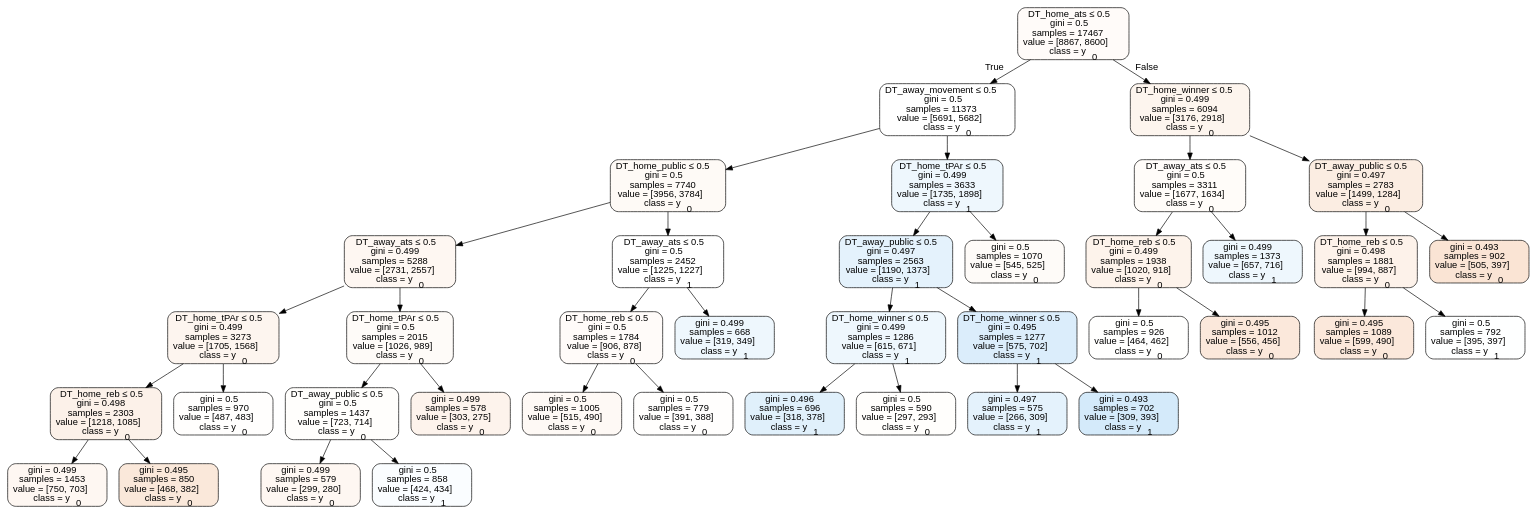
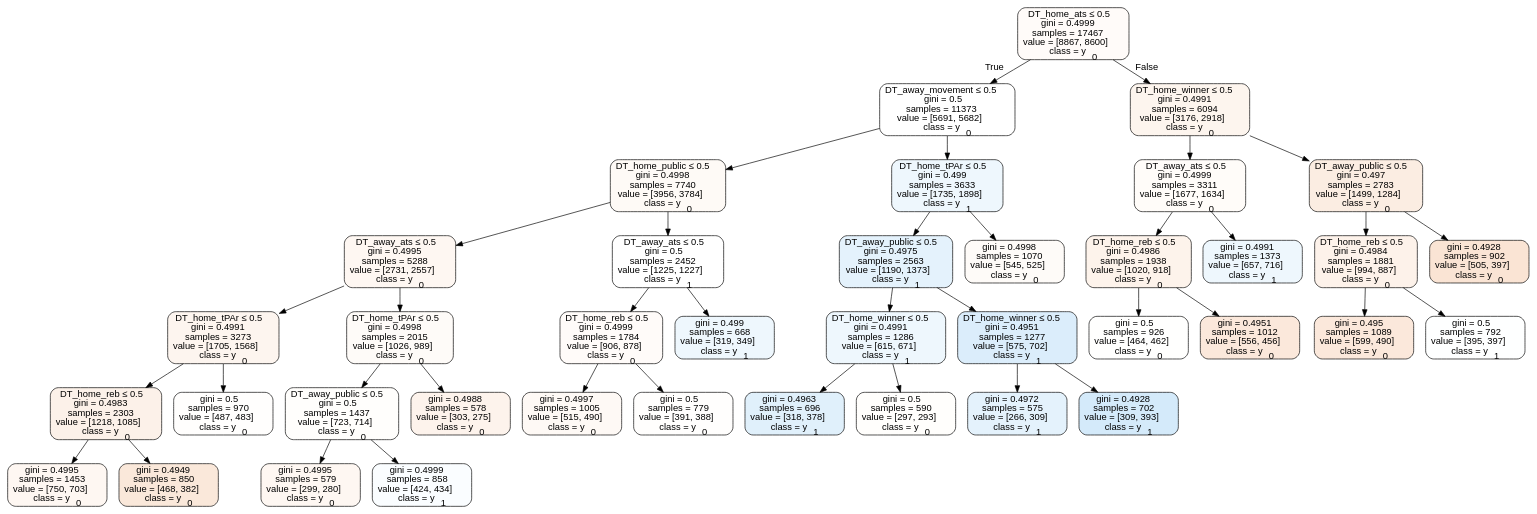
The diagram in Basketball/data/trees/treehome.dot (usbogie/ncaa-bets), drawn with Graphviz before and after one commit. The commit also changed 21 other files, not shown here.

```diff
--- a/Basketball/data/trees/treehome.dot
+++ b/Basketball/data/trees/treehome.dot
@@ -1,81 +1,81 @@
 digraph Tree {
 node [shape=box, style="filled, rounded", color="black", fontname=helvetica] ;
 edge [fontname=helvetica] ;
-0 [label=<DT_home_ats &le; 0.5<br/>gini = 0.5<br/>samples = 17467<br/>value = [8867, 8600]<br/>class = y<SUB>0</SUB>>, fillcolor="#e5813908"] ;
+0 [label=<DT_home_ats &le; 0.5<br/>gini = 0.4999<br/>samples = 17467<br/>value = [8867, 8600]<br/>class = y<SUB>0</SUB>>, fillcolor="#e5813908"] ;
 1 [label=<DT_away_movement &le; 0.5<br/>gini = 0.5<br/>samples = 11373<br/>value = [5691, 5682]<br/>class = y<SUB>0</SUB>>, fillcolor="#e5813900"] ;
 0 -> 1 [labeldistance=2.5, labelangle=45, headlabel="True"] ;
-2 [label=<DT_home_public &le; 0.5<br/>gini = 0.5<br/>samples = 7740<br/>value = [3956, 3784]<br/>class = y<SUB>0</SUB>>, fillcolor="#e581390b"] ;
+2 [label=<DT_home_public &le; 0.5<br/>gini = 0.4998<br/>samples = 7740<br/>value = [3956, 3784]<br/>class = y<SUB>0</SUB>>, fillcolor="#e581390b"] ;
 1 -> 2 ;
-3 [label=<DT_away_ats &le; 0.5<br/>gini = 0.499<br/>samples = 5288<br/>value = [2731, 2557]<br/>class = y<SUB>0</SUB>>, fillcolor="#e5813910"] ;
+3 [label=<DT_away_ats &le; 0.5<br/>gini = 0.4995<br/>samples = 5288<br/>value = [2731, 2557]<br/>class = y<SUB>0</SUB>>, fillcolor="#e5813910"] ;
 2 -> 3 ;
-4 [label=<DT_home_tPAr &le; 0.5<br/>gini = 0.499<br/>samples = 3273<br/>value = [1705, 1568]<br/>class = y<SUB>0</SUB>>, fillcolor="#e5813914"] ;
+4 [label=<DT_home_tPAr &le; 0.5<br/>gini = 0.4991<br/>samples = 3273<br/>value = [1705, 1568]<br/>class = y<SUB>0</SUB>>, fillcolor="#e5813914"] ;
 3 -> 4 ;
-5 [label=<DT_home_reb &le; 0.5<br/>gini = 0.498<br/>samples = 2303<br/>value = [1218, 1085]<br/>class = y<SUB>0</SUB>>, fillcolor="#e581391c"] ;
+5 [label=<DT_home_reb &le; 0.5<br/>gini = 0.4983<br/>samples = 2303<br/>value = [1218, 1085]<br/>class = y<SUB>0</SUB>>, fillcolor="#e581391c"] ;
 4 -> 5 ;
-6 [label=<gini = 0.499<br/>samples = 1453<br/>value = [750, 703]<br/>class = y<SUB>0</SUB>>, fillcolor="#e5813910"] ;
+6 [label=<gini = 0.4995<br/>samples = 1453<br/>value = [750, 703]<br/>class = y<SUB>0</SUB>>, fillcolor="#e5813910"] ;
 5 -> 6 ;
-7 [label=<gini = 0.495<br/>samples = 850<br/>value = [468, 382]<br/>class = y<SUB>0</SUB>>, fillcolor="#e581392f"] ;
+7 [label=<gini = 0.4949<br/>samples = 850<br/>value = [468, 382]<br/>class = y<SUB>0</SUB>>, fillcolor="#e581392f"] ;
 5 -> 7 ;
 8 [label=<gini = 0.5<br/>samples = 970<br/>value = [487, 483]<br/>class = y<SUB>0</SUB>>, fillcolor="#e5813902"] ;
 4 -> 8 ;
-9 [label=<DT_home_tPAr &le; 0.5<br/>gini = 0.5<br/>samples = 2015<br/>value = [1026, 989]<br/>class = y<SUB>0</SUB>>, fillcolor="#e5813909"] ;
+9 [label=<DT_home_tPAr &le; 0.5<br/>gini = 0.4998<br/>samples = 2015<br/>value = [1026, 989]<br/>class = y<SUB>0</SUB>>, fillcolor="#e5813909"] ;
 3 -> 9 ;
 10 [label=<DT_away_public &le; 0.5<br/>gini = 0.5<br/>samples = 1437<br/>value = [723, 714]<br/>class = y<SUB>0</SUB>>, fillcolor="#e5813903"] ;
 9 -> 10 ;
-11 [label=<gini = 0.499<br/>samples = 579<br/>value = [299, 280]<br/>class = y<SUB>0</SUB>>, fillcolor="#e5813910"] ;
+11 [label=<gini = 0.4995<br/>samples = 579<br/>value = [299, 280]<br/>class = y<SUB>0</SUB>>, fillcolor="#e5813910"] ;
 10 -> 11 ;
-12 [label=<gini = 0.5<br/>samples = 858<br/>value = [424, 434]<br/>class = y<SUB>1</SUB>>, fillcolor="#399de506"] ;
+12 [label=<gini = 0.4999<br/>samples = 858<br/>value = [424, 434]<br/>class = y<SUB>1</SUB>>, fillcolor="#399de506"] ;
 10 -> 12 ;
-13 [label=<gini = 0.499<br/>samples = 578<br/>value = [303, 275]<br/>class = y<SUB>0</SUB>>, fillcolor="#e5813918"] ;
+13 [label=<gini = 0.4988<br/>samples = 578<br/>value = [303, 275]<br/>class = y<SUB>0</SUB>>, fillcolor="#e5813918"] ;
 9 -> 13 ;
 14 [label=<DT_away_ats &le; 0.5<br/>gini = 0.5<br/>samples = 2452<br/>value = [1225, 1227]<br/>class = y<SUB>1</SUB>>, fillcolor="#399de500"] ;
 2 -> 14 ;
-15 [label=<DT_home_reb &le; 0.5<br/>gini = 0.5<br/>samples = 1784<br/>value = [906, 878]<br/>class = y<SUB>0</SUB>>, fillcolor="#e5813908"] ;
+15 [label=<DT_home_reb &le; 0.5<br/>gini = 0.4999<br/>samples = 1784<br/>value = [906, 878]<br/>class = y<SUB>0</SUB>>, fillcolor="#e5813908"] ;
 14 -> 15 ;
-16 [label=<gini = 0.5<br/>samples = 1005<br/>value = [515, 490]<br/>class = y<SUB>0</SUB>>, fillcolor="#e581390c"] ;
+16 [label=<gini = 0.4997<br/>samples = 1005<br/>value = [515, 490]<br/>class = y<SUB>0</SUB>>, fillcolor="#e581390c"] ;
 15 -> 16 ;
 17 [label=<gini = 0.5<br/>samples = 779<br/>value = [391, 388]<br/>class = y<SUB>0</SUB>>, fillcolor="#e5813902"] ;
 15 -> 17 ;
 18 [label=<gini = 0.499<br/>samples = 668<br/>value = [319, 349]<br/>class = y<SUB>1</SUB>>, fillcolor="#399de516"] ;
 14 -> 18 ;
 19 [label=<DT_home_tPAr &le; 0.5<br/>gini = 0.499<br/>samples = 3633<br/>value = [1735, 1898]<br/>class = y<SUB>1</SUB>>, fillcolor="#399de516"] ;
 1 -> 19 ;
-20 [label=<DT_away_public &le; 0.5<br/>gini = 0.497<br/>samples = 2563<br/>value = [1190, 1373]<br/>class = y<SUB>1</SUB>>, fillcolor="#399de522"] ;
+20 [label=<DT_away_public &le; 0.5<br/>gini = 0.4975<br/>samples = 2563<br/>value = [1190, 1373]<br/>class = y<SUB>1</SUB>>, fillcolor="#399de522"] ;
 19 -> 20 ;
-21 [label=<DT_home_winner &le; 0.5<br/>gini = 0.499<br/>samples = 1286<br/>value = [615, 671]<br/>class = y<SUB>1</SUB>>, fillcolor="#399de515"] ;
+21 [label=<DT_home_winner &le; 0.5<br/>gini = 0.4991<br/>samples = 1286<br/>value = [615, 671]<br/>class = y<SUB>1</SUB>>, fillcolor="#399de515"] ;
 20 -> 21 ;
-22 [label=<gini = 0.496<br/>samples = 696<br/>value = [318, 378]<br/>class = y<SUB>1</SUB>>, fillcolor="#399de528"] ;
+22 [label=<gini = 0.4963<br/>samples = 696<br/>value = [318, 378]<br/>class = y<SUB>1</SUB>>, fillcolor="#399de528"] ;
 21 -> 22 ;
 23 [label=<gini = 0.5<br/>samples = 590<br/>value = [297, 293]<br/>class = y<SUB>0</SUB>>, fillcolor="#e5813903"] ;
 21 -> 23 ;
-24 [label=<DT_home_winner &le; 0.5<br/>gini = 0.495<br/>samples = 1277<br/>value = [575, 702]<br/>class = y<SUB>1</SUB>>, fillcolor="#399de52e"] ;
+24 [label=<DT_home_winner &le; 0.5<br/>gini = 0.4951<br/>samples = 1277<br/>value = [575, 702]<br/>class = y<SUB>1</SUB>>, fillcolor="#399de52e"] ;
 20 -> 24 ;
-25 [label=<gini = 0.497<br/>samples = 575<br/>value = [266, 309]<br/>class = y<SUB>1</SUB>>, fillcolor="#399de523"] ;
+25 [label=<gini = 0.4972<br/>samples = 575<br/>value = [266, 309]<br/>class = y<SUB>1</SUB>>, fillcolor="#399de523"] ;
 24 -> 25 ;
-26 [label=<gini = 0.493<br/>samples = 702<br/>value = [309, 393]<br/>class = y<SUB>1</SUB>>, fillcolor="#399de537"] ;
+26 [label=<gini = 0.4928<br/>samples = 702<br/>value = [309, 393]<br/>class = y<SUB>1</SUB>>, fillcolor="#399de537"] ;
 24 -> 26 ;
-27 [label=<gini = 0.5<br/>samples = 1070<br/>value = [545, 525]<br/>class = y<SUB>0</SUB>>, fillcolor="#e5813909"] ;
+27 [label=<gini = 0.4998<br/>samples = 1070<br/>value = [545, 525]<br/>class = y<SUB>0</SUB>>, fillcolor="#e5813909"] ;
 19 -> 27 ;
-28 [label=<DT_home_winner &le; 0.5<br/>gini = 0.499<br/>samples = 6094<br/>value = [3176, 2918]<br/>class = y<SUB>0</SUB>>, fillcolor="#e5813915"] ;
+28 [label=<DT_home_winner &le; 0.5<br/>gini = 0.4991<br/>samples = 6094<br/>value = [3176, 2918]<br/>class = y<SUB>0</SUB>>, fillcolor="#e5813915"] ;
 0 -> 28 [labeldistance=2.5, labelangle=-45, headlabel="False"] ;
-29 [label=<DT_away_ats &le; 0.5<br/>gini = 0.5<br/>samples = 3311<br/>value = [1677, 1634]<br/>class = y<SUB>0</SUB>>, fillcolor="#e5813907"] ;
+29 [label=<DT_away_ats &le; 0.5<br/>gini = 0.4999<br/>samples = 3311<br/>value = [1677, 1634]<br/>class = y<SUB>0</SUB>>, fillcolor="#e5813907"] ;
 28 -> 29 ;
-30 [label=<DT_home_reb &le; 0.5<br/>gini = 0.499<br/>samples = 1938<br/>value = [1020, 918]<br/>class = y<SUB>0</SUB>>, fillcolor="#e5813919"] ;
+30 [label=<DT_home_reb &le; 0.5<br/>gini = 0.4986<br/>samples = 1938<br/>value = [1020, 918]<br/>class = y<SUB>0</SUB>>, fillcolor="#e5813919"] ;
 29 -> 30 ;
 31 [label=<gini = 0.5<br/>samples = 926<br/>value = [464, 462]<br/>class = y<SUB>0</SUB>>, fillcolor="#e5813901"] ;
 30 -> 31 ;
-32 [label=<gini = 0.495<br/>samples = 1012<br/>value = [556, 456]<br/>class = y<SUB>0</SUB>>, fillcolor="#e581392e"] ;
+32 [label=<gini = 0.4951<br/>samples = 1012<br/>value = [556, 456]<br/>class = y<SUB>0</SUB>>, fillcolor="#e581392e"] ;
 30 -> 32 ;
-33 [label=<gini = 0.499<br/>samples = 1373<br/>value = [657, 716]<br/>class = y<SUB>1</SUB>>, fillcolor="#399de515"] ;
+33 [label=<gini = 0.4991<br/>samples = 1373<br/>value = [657, 716]<br/>class = y<SUB>1</SUB>>, fillcolor="#399de515"] ;
 29 -> 33 ;
 34 [label=<DT_away_public &le; 0.5<br/>gini = 0.497<br/>samples = 2783<br/>value = [1499, 1284]<br/>class = y<SUB>0</SUB>>, fillcolor="#e5813925"] ;
 28 -> 34 ;
-35 [label=<DT_home_reb &le; 0.5<br/>gini = 0.498<br/>samples = 1881<br/>value = [994, 887]<br/>class = y<SUB>0</SUB>>, fillcolor="#e581391b"] ;
+35 [label=<DT_home_reb &le; 0.5<br/>gini = 0.4984<br/>samples = 1881<br/>value = [994, 887]<br/>class = y<SUB>0</SUB>>, fillcolor="#e581391b"] ;
 34 -> 35 ;
 36 [label=<gini = 0.495<br/>samples = 1089<br/>value = [599, 490]<br/>class = y<SUB>0</SUB>>, fillcolor="#e581392e"] ;
 35 -> 36 ;
 37 [label=<gini = 0.5<br/>samples = 792<br/>value = [395, 397]<br/>class = y<SUB>1</SUB>>, fillcolor="#399de501"] ;
 35 -> 37 ;
-38 [label=<gini = 0.493<br/>samples = 902<br/>value = [505, 397]<br/>class = y<SUB>0</SUB>>, fillcolor="#e5813937"] ;
+38 [label=<gini = 0.4928<br/>samples = 902<br/>value = [505, 397]<br/>class = y<SUB>0</SUB>>, fillcolor="#e5813937"] ;
 34 -> 38 ;
 }
```
